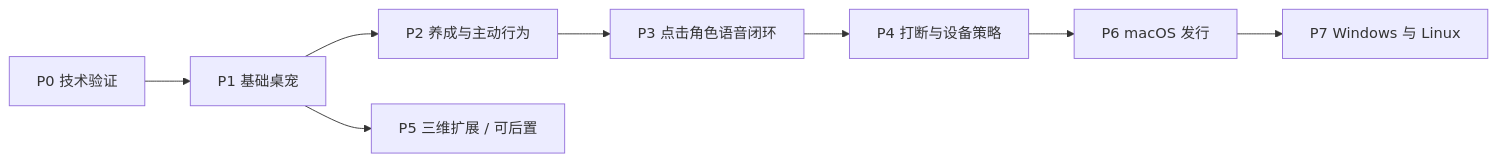
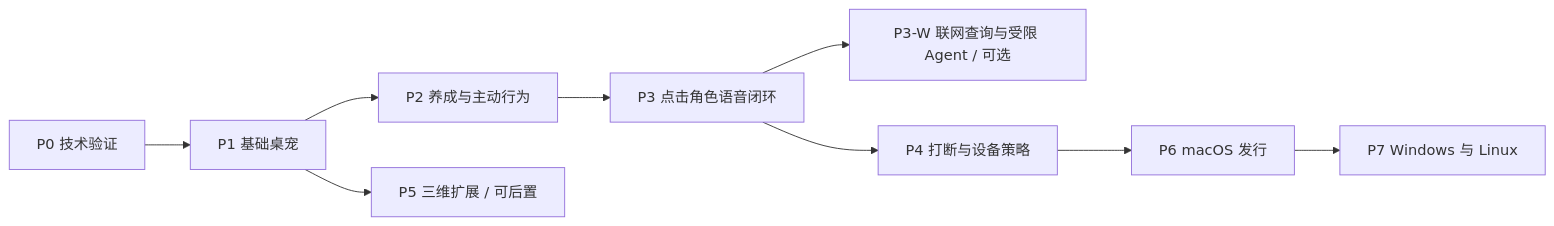
Before and after one commit to Abandon-ht/DesktopPet: the diagram in docs/05-roadmap.md, drawn with Mermaid. The commit also changed other lines of this file and 4 other files, not shown here.

````diff
--- a/docs/05-roadmap.md
+++ b/docs/05-roadmap.md
@@ -9,10 +9,11 @@
 ```mermaid
 flowchart LR
   P0[P0 技术验证] --> P1[P1 基础桌宠]
   P1 --> P2[P2 养成与主动行为]
   P2 --> P3[P3 点击角色语音闭环]
+  P3 --> PW[P3-W 联网查询与受限 Agent / 可选]
   P3 --> P4[P4 打断与设备策略]
   P4 --> P6[P6 macOS 发行]
   P1 --> P5[P5 三维扩展 / 可后置]
   P6 --> P7[P7 Windows 与 Linux]
 ```
````
